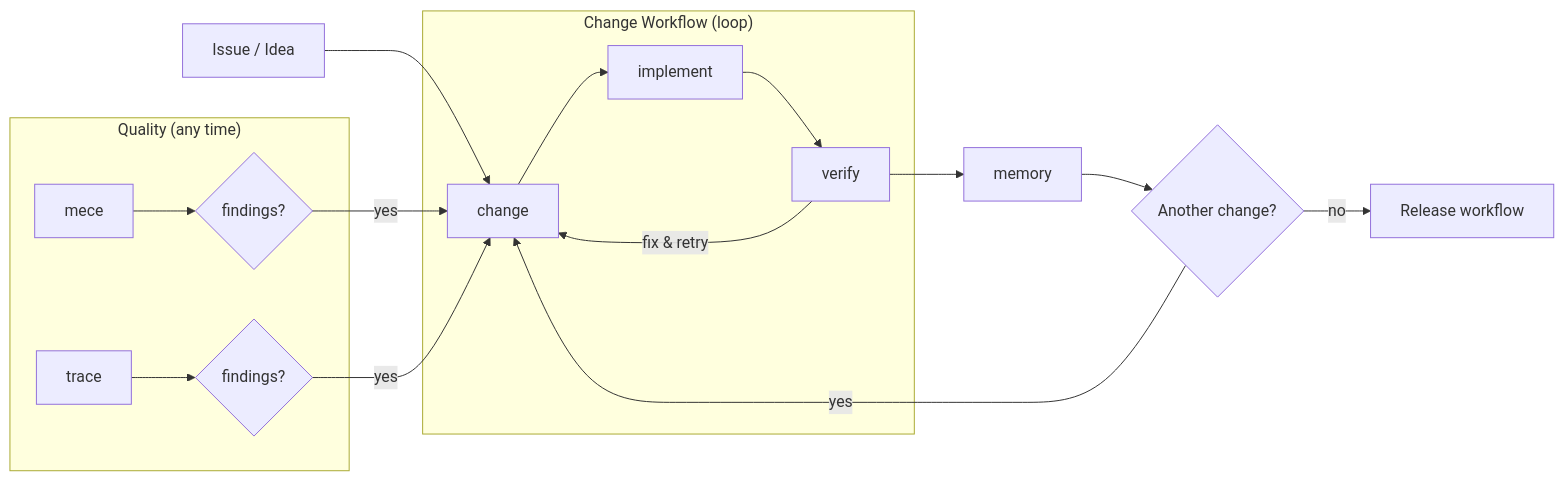
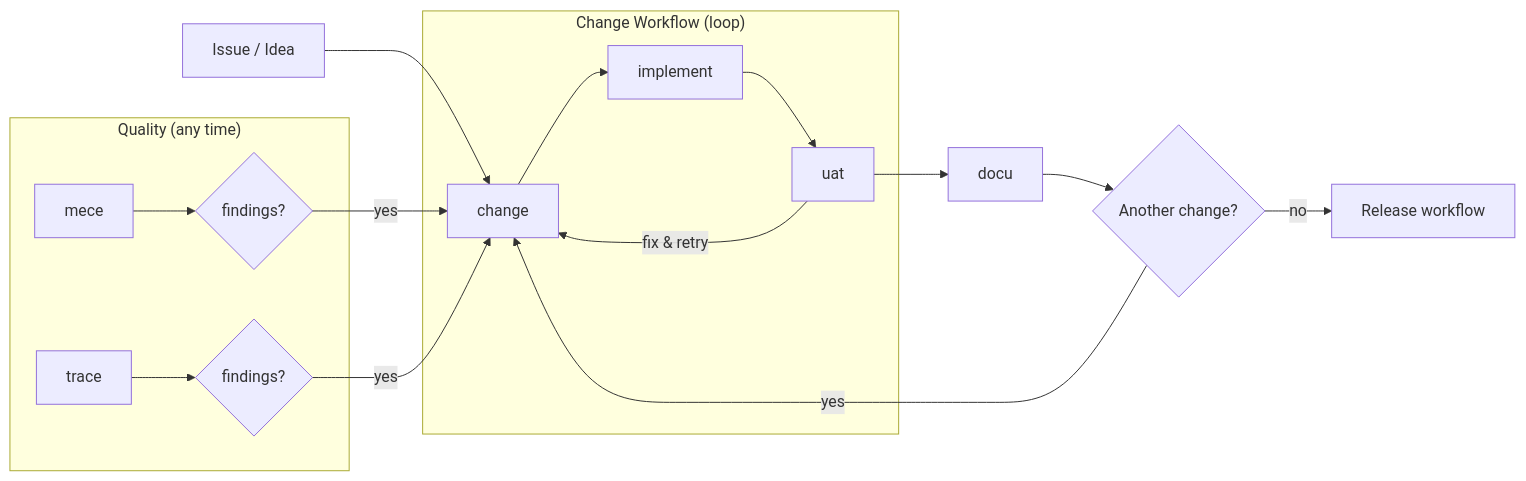
One commit to enthali/syspilot changed the fifth of 5 diagrams in docs/workflows.md. Above: the diagram before and after it, drawn with Mermaid. The commit also changed other lines of this file and 169 other files, not shown here.

Commit message:
release: v0.5.0 - Agent Architecture v2 (CR1-CR14)

````diff
--- a/docs/workflows.md
+++ b/docs/workflows.md
@@ -218,22 +253,22 @@
 ```{mermaid}
 flowchart LR
     A["Issue / Idea"] --> change
 
     subgraph CW ["Change Workflow (loop)"]
-        change --> implement --> verify
-        verify -- "fix & retry" --> change
+        change --> implement --> uat
+        uat -- "fix & retry" --> change
     end
 
-    verify --> memory
-    memory --> decision{"Another change?"}
+    uat --> docu
+    docu --> decision{"Another change?"}
     decision -- yes --> change
     decision -- no --> release["Release workflow"]
 
     subgraph QW ["Quality (any time)"]
         mece --> findings1{"findings?"}
         trace --> findings2{"findings?"}
     end
 
     findings1 -- yes --> change
     findings2 -- yes --> change
 ```
````
